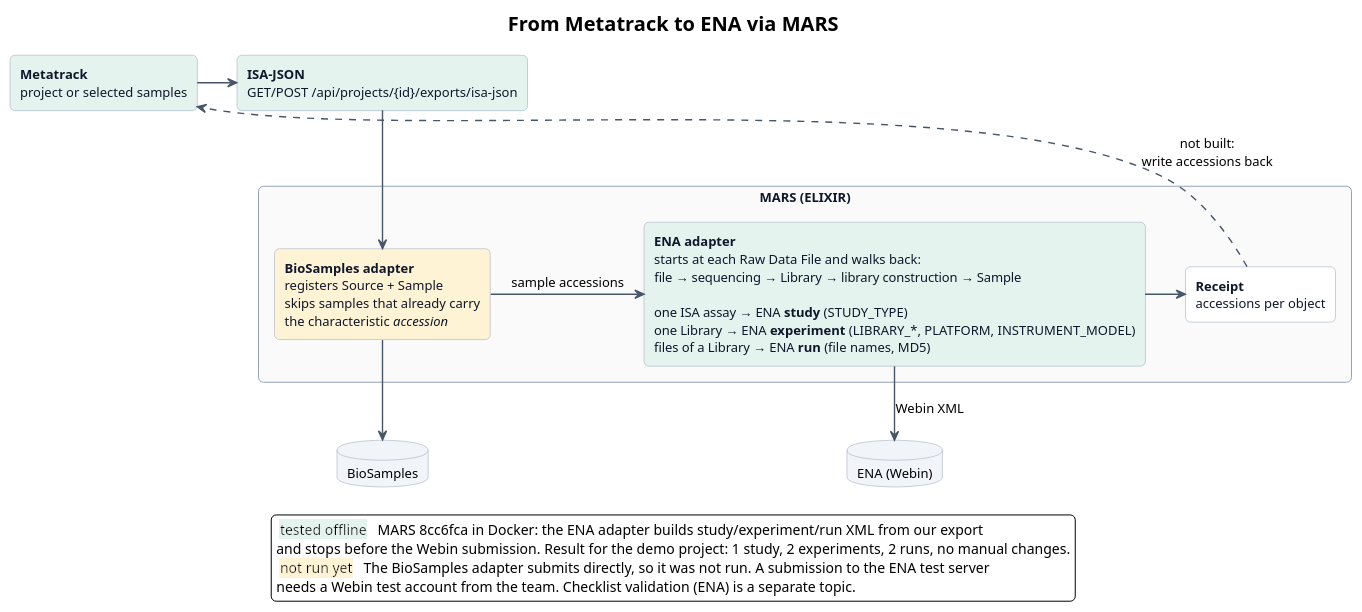
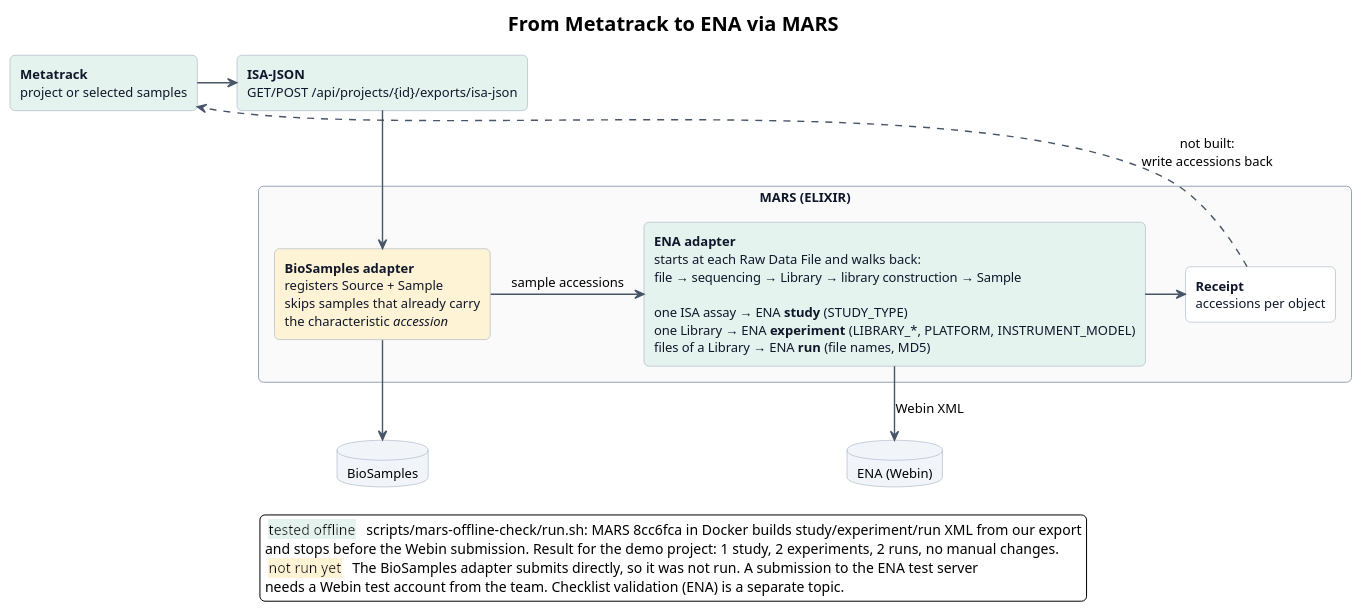
One commit to elixir-metatrack/api-server changed the diagram in docs/isa-json-mars.puml. Above: the diagram before and after it, drawn with PlantUML. The commit also changed 4 other files, not shown here.

Commit message:
test: offline check of ISA-JSON exports with the MARS ENA adapter

```diff
--- a/docs/isa-json-mars.puml
+++ b/docs/isa-json-mars.puml
@@ -1,49 +1,49 @@
 @startuml
 skinparam backgroundColor #FFFFFF
 skinparam defaultFontName SansSerif
 skinparam defaultFontSize 13
 skinparam shadowing false
 skinparam roundcorner 10
 skinparam nodesep 40
 skinparam ranksep 45
 skinparam ArrowColor #475569
 skinparam ArrowThickness 1.4
 skinparam rectangle {
   BorderColor #94A3B8
   FontColor #0F172A
 }
 skinparam database {
   BorderColor #94A3B8
   BackgroundColor #F1F5F9
 }
 skinparam titleFontSize 20
 
 title From Metatrack to ENA via MARS
 
 rectangle "<b>Metatrack</b>\nproject or selected samples" as mt #E5F3EF
 rectangle "<b>ISA-JSON</b>\nGET/POST /api/projects/{id}/exports/isa-json" as isa #E5F3EF
 
 rectangle "MARS (ELIXIR)" as mars #FAFAFA {
   rectangle "<b>BioSamples adapter</b>\nregisters Source + Sample\nskips samples that already carry\nthe characteristic <i>accession</i>" as bs #FFF3D6
   rectangle "<b>ENA adapter</b>\nstarts at each Raw Data File and walks back:\nfile → sequencing → Library → library construction → Sample\n\none ISA assay → ENA <b>study</b> (STUDY_TYPE)\none Library → ENA <b>experiment</b> (LIBRARY_*, PLATFORM, INSTRUMENT_MODEL)\nfiles of a Library → ENA <b>run</b> (file names, MD5)" as ena #E5F3EF
   rectangle "<b>Receipt</b>\naccessions per object" as receipt #FFFFFF
 }
 
 database "BioSamples" as dbbs
 database "ENA (Webin)" as dbena
 
 mt -right-> isa
 isa -down-> bs
 bs -right-> ena : sample accessions
 ena -right-> receipt
 bs -down-> dbbs
 ena -down-> dbena : Webin XML
 receipt -[dashed,norank]-> mt : not built:\nwrite accessions back
 
 legend bottom
-  <back:#E5F3EF> tested offline </back>  MARS 8cc6fca in Docker: the ENA adapter builds study/experiment/run XML from our export
+  <back:#E5F3EF> tested offline </back>  scripts/mars-offline-check/run.sh: MARS 8cc6fca in Docker builds study/experiment/run XML from our export
   and stops before the Webin submission. Result for the demo project: 1 study, 2 experiments, 2 runs, no manual changes.
   <back:#FFF3D6> not run yet </back>  The BioSamples adapter submits directly, so it was not run. A submission to the ENA test server
   needs a Webin test account from the team. Checklist validation (ENA) is a separate topic.
 endlegend
 @enduml
```
